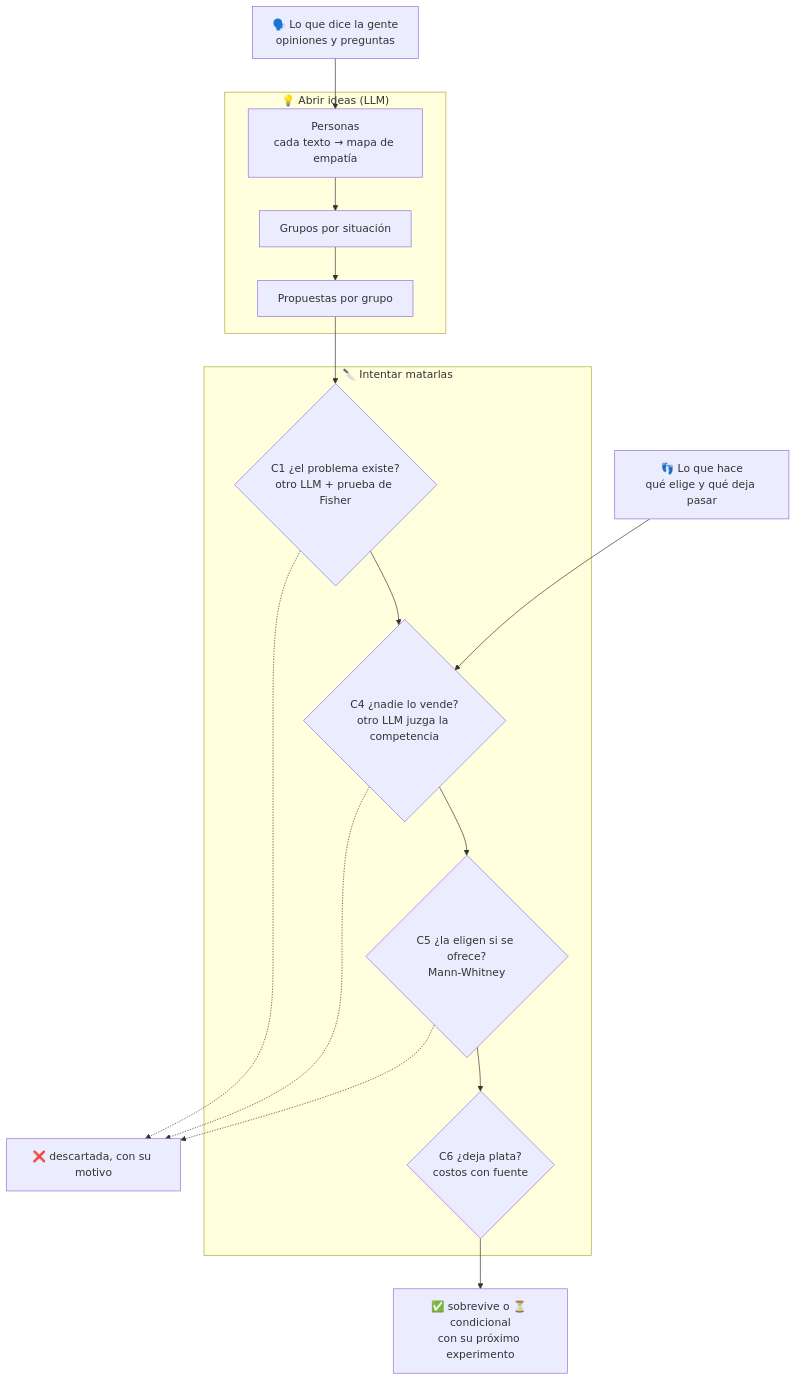
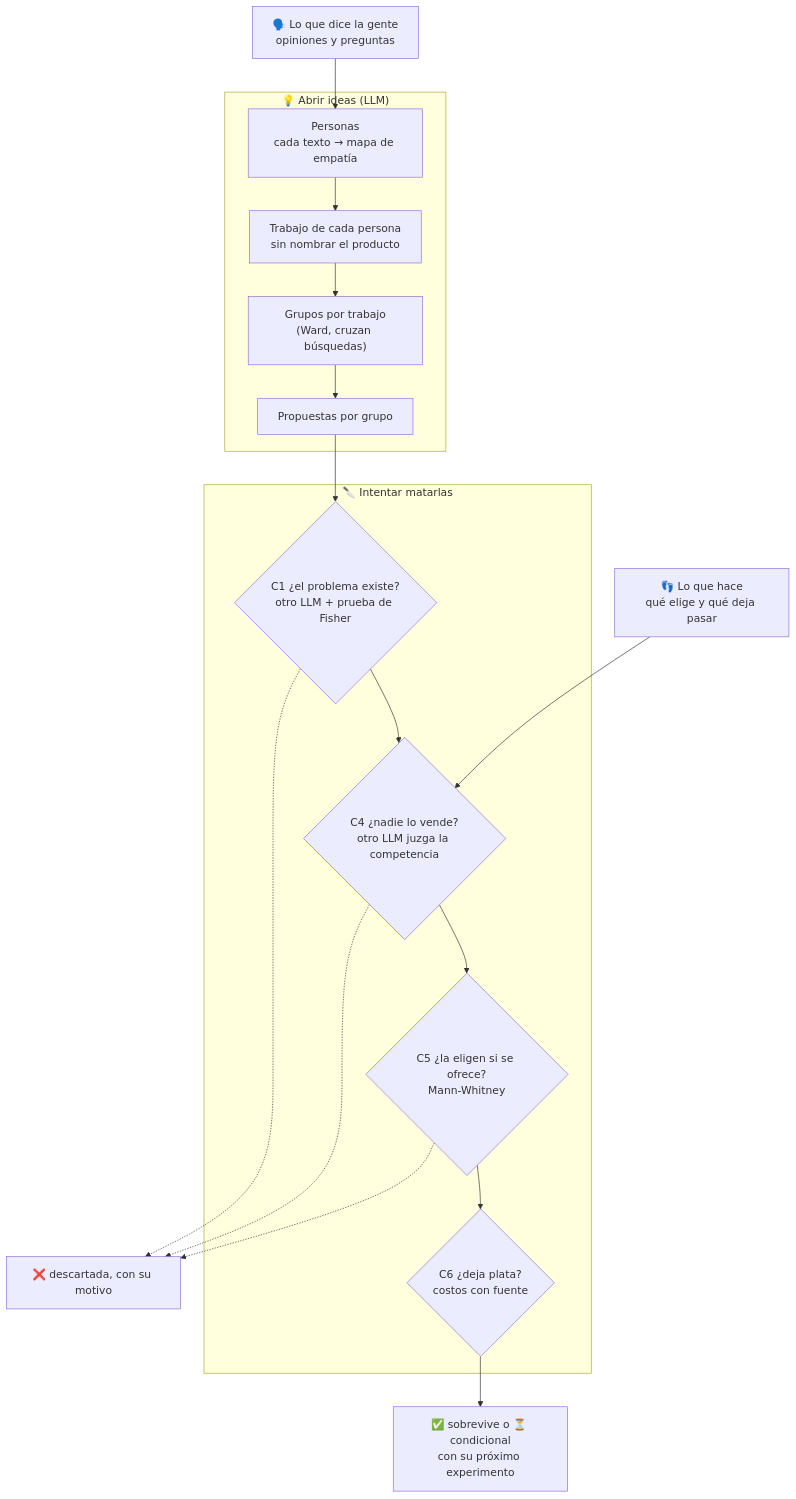
One commit to codewithpatelo/faltante changed the diagram in README.md. Above: the diagram before and after it, drawn with Mermaid. The commit also changed other lines of this file and 7 other files, not shown here.

First line of the commit message:
Divergencia por trabajo en dev: 30 oportunidades (vieja 13, B3 31); README, CONSIGNA, BITACORA

````diff
--- a/README.md
+++ b/README.md
@@ -34,15 +36,15 @@
 ```mermaid
 flowchart TD
     V["🗣️ Lo que dice la gente<br/>opiniones y preguntas"] --> A
     P["👣 Lo que hace<br/>qué elige y qué deja pasar"] --> C4
     subgraph abrir["💡 Abrir ideas (LLM)"]
-        A["Personas<br/>cada texto → mapa de empatía"] --> S["Grupos por situación"] --> B["Propuestas por grupo"]
+        A["Personas<br/>cada texto → mapa de empatía"] --> J["Trabajo de cada persona<br/>sin nombrar el producto"] --> S["Grupos por trabajo<br/>(Ward, cruzan búsquedas)"] --> B["Propuestas por grupo"]
     end
     subgraph matar["🔪 Intentar matarlas"]
         C1{"C1 ¿el problema existe?<br/>otro LLM + prueba de Fisher"} --> C4{"C4 ¿nadie lo vende?<br/>otro LLM juzga la competencia"}
         C4 --> C5{"C5 ¿la eligen si se ofrece?<br/>Mann-Whitney"} --> C6{"C6 ¿deja plata?<br/>costos con fuente"}
     end
     B --> C1
     C6 --> OK["✅ sobrevive o ⏳ condicional<br/>con su próximo experimento"]
     C1 & C4 & C5 -.-> X["❌ descartada, con su motivo"]
 ```
````
